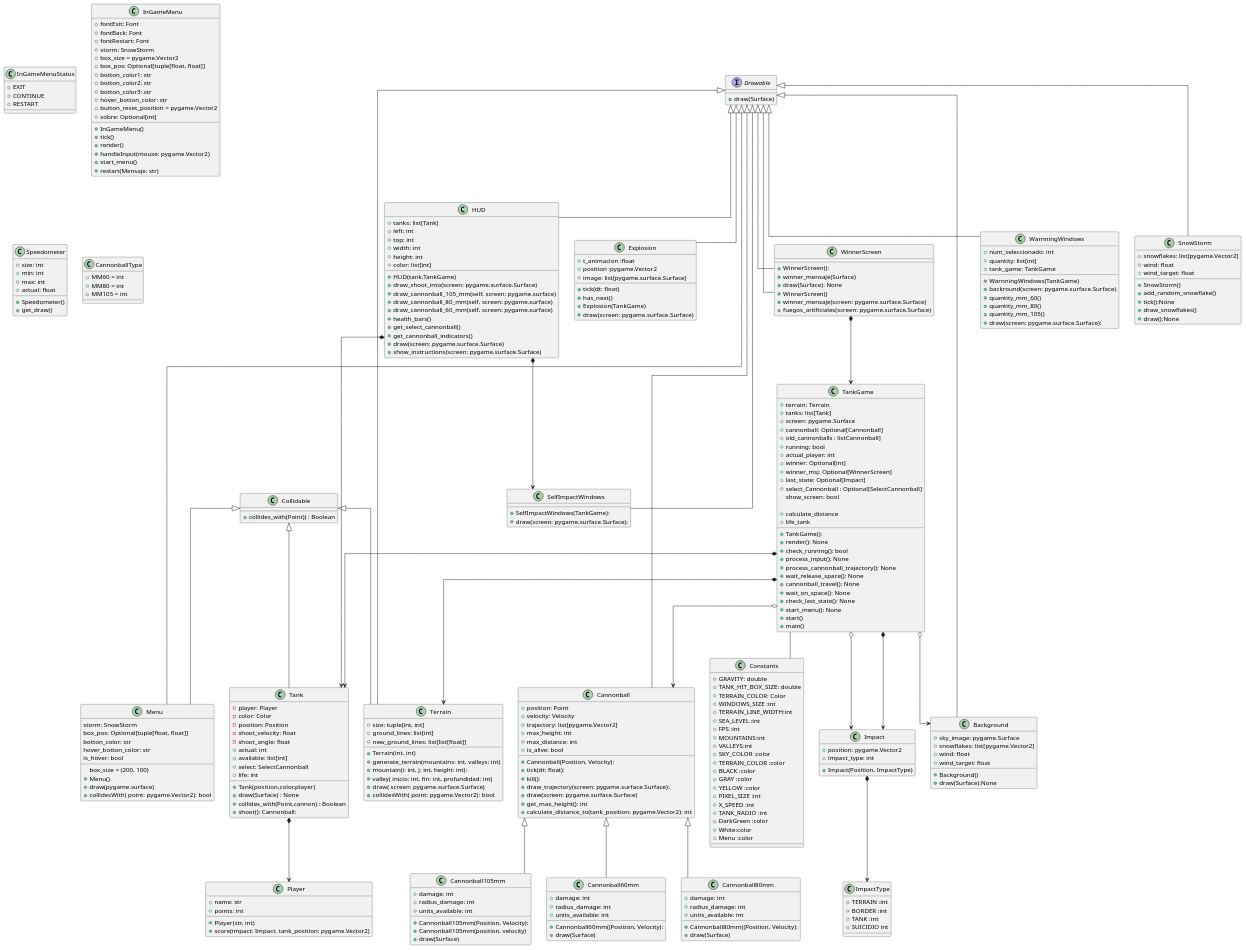
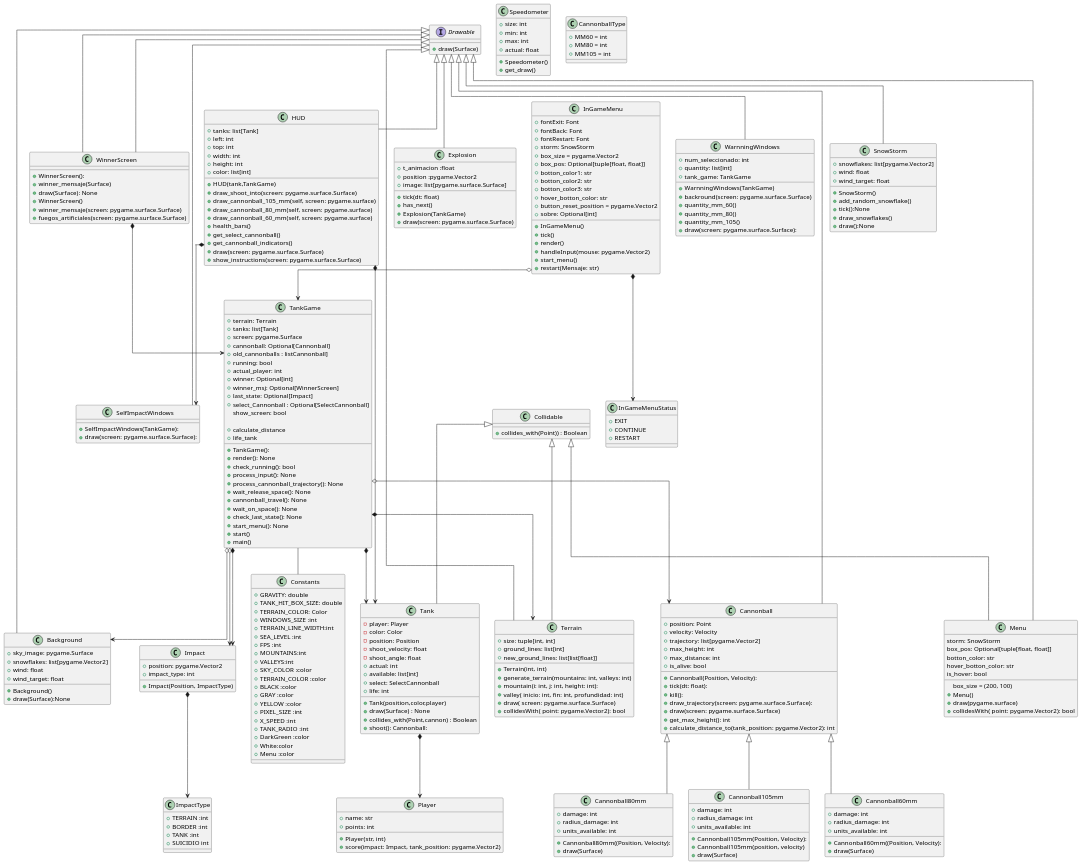
Before and after one commit to fraco-oxza/tankGame: the diagram in uml/entire.plantuml, drawn with PlantUML. The commit also changed 1 other file, not shown here.

```diff
--- a/uml/entire.plantuml
+++ b/uml/entire.plantuml
@@ -295,6 +295,8 @@
 TankGame -- Constants
 
 WinnerScreen *--> TankGame
+InGameMenu o--> TankGame
+InGameMenu *--> InGameMenuStatus
 TankGame *--> Tank
 TankGame o--> Cannonball
 TankGame *--> Terrain
```
